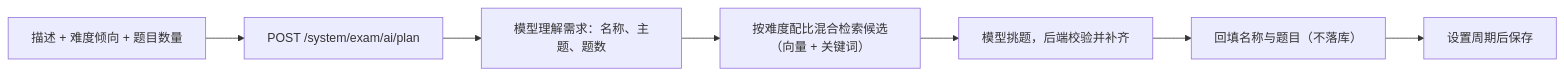
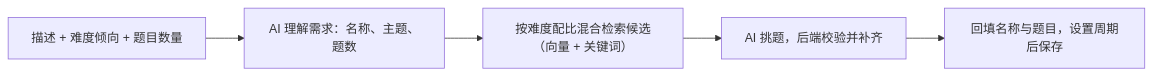
One commit to pluchon/online_oj_vue changed the fourth of 10 diagrams in README.md. Above: the diagram before and after it, drawn with Mermaid. The commit also changed other lines of this file and 20 other files, not shown here.

````diff
--- a/README.md
+++ b/README.md
@@ -146,9 +166,7 @@
 ```mermaid
 flowchart LR
-    Input["描述 + 难度倾向 + 题目数量"] --> Plan["POST /system/exam/ai/plan"]
-    Plan --> Intent["模型理解需求：名称、主题、题数"]
+    Input["描述 + 难度倾向 + 题目数量"] --> Intent["AI 理解需求：名称、主题、题数"]
     Intent --> Recall["按难度配比混合检索候选（向量 + 关键词）"]
-    Recall --> Pick["模型挑题，后端校验并补齐"]
-    Pick --> Fill["回填名称与题目（不落库）"]
-    Fill --> Save["设置周期后保存"]
+    Recall --> Pick["AI 挑题，后端校验并补齐"]
+    Pick --> Fill["回填名称与题目，设置周期后保存"]
 ```
````
